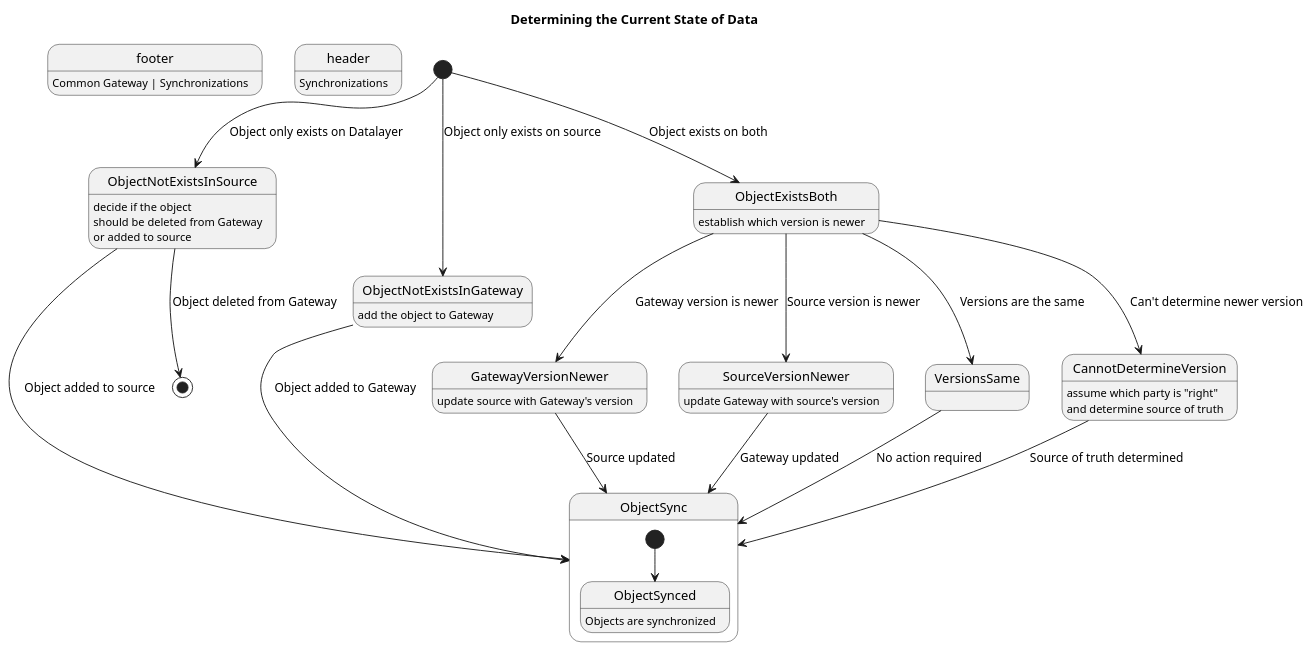
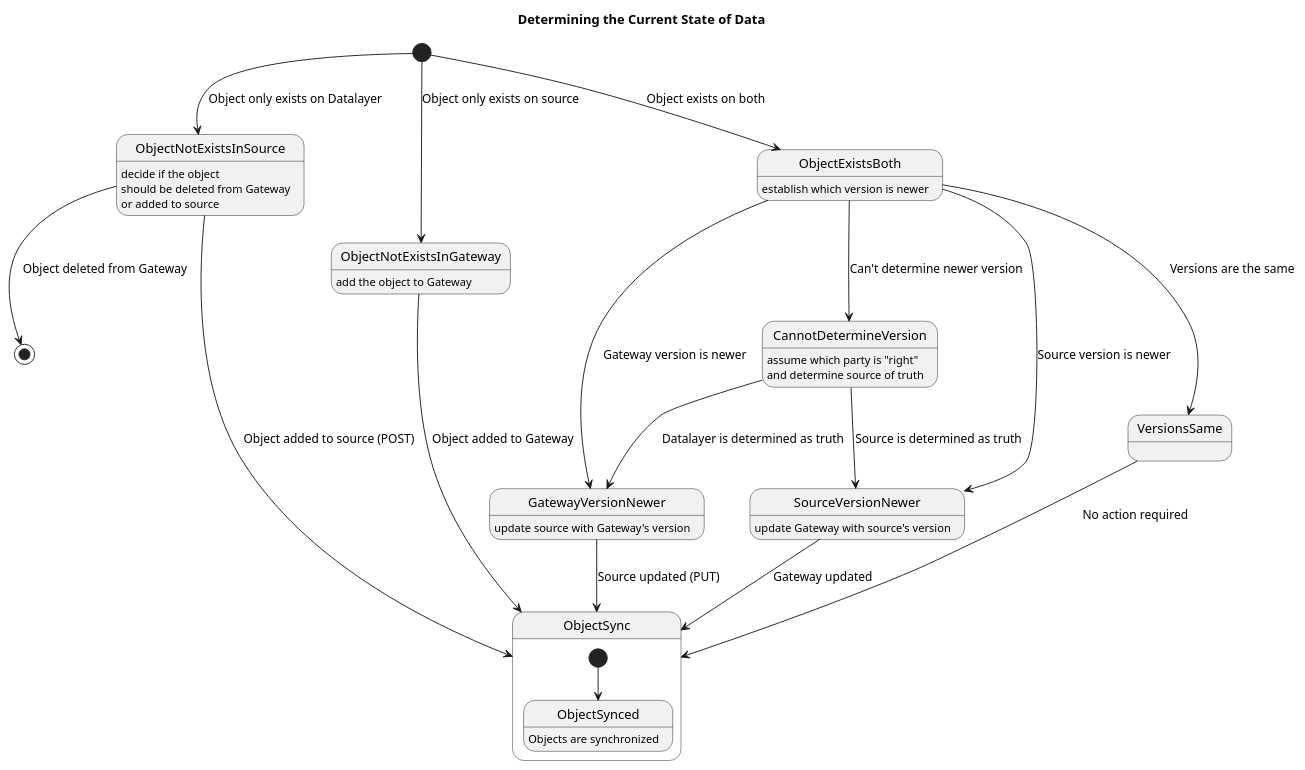
One commit to CommonGateway/CoreBundle changed the diagram in docs/features/synchronization.puml. Above: the diagram before and after it, drawn with PlantUML. The commit also changed 1 other file, not shown here.

```diff
--- a/docs/features/synchronization.puml
+++ b/docs/features/synchronization.puml
@@ -1,50 +1,49 @@
 @startuml
 title Determining the Current State of Data
-footer: Common Gateway | Synchronizations
-header: Synchronizations
 
 [*] --> ObjectNotExistsInSource : Object only exists on Datalayer
 
 ObjectNotExistsInSource : decide if the object\nshould be deleted from Gateway\nor added to source
 
-ObjectNotExistsInSource --> ObjectSync : Object added to source
+ObjectNotExistsInSource --> ObjectSync : Object added to source (POST)
 
 ObjectNotExistsInSource --> [*] : Object deleted from Gateway
 
 [*] --> ObjectNotExistsInGateway : Object only exists on source
 
 ObjectNotExistsInGateway : add the object to Gateway
 
 ObjectNotExistsInGateway --> ObjectSync : Object added to Gateway
 
 [*] --> ObjectExistsBoth : Object exists on both
 
 ObjectExistsBoth : establish which version is newer
 
 ObjectExistsBoth --> GatewayVersionNewer : Gateway version is newer
 
 GatewayVersionNewer : update source with Gateway's version
 
-GatewayVersionNewer --> ObjectSync : Source updated
+GatewayVersionNewer --> ObjectSync : Source updated (PUT)
 
 ObjectExistsBoth --> SourceVersionNewer : Source version is newer
 
 SourceVersionNewer : update Gateway with source's version
 
 SourceVersionNewer --> ObjectSync : Gateway updated
 
 ObjectExistsBoth --> VersionsSame : Versions are the same
 
 VersionsSame --> ObjectSync : No action required
 
 ObjectExistsBoth --> CannotDetermineVersion : Can't determine newer version
 
 CannotDetermineVersion : assume which party is "right"\nand determine source of truth
 
-CannotDetermineVersion --> ObjectSync : Source of truth determined
+CannotDetermineVersion --> GatewayVersionNewer: Datalayer is determined as truth
+CannotDetermineVersion --> SourceVersionNewer : Source is determined as truth
 
 state ObjectSync {
   [*] --> ObjectSynced
   ObjectSynced : Objects are synchronized
 }
 @enduml
```
